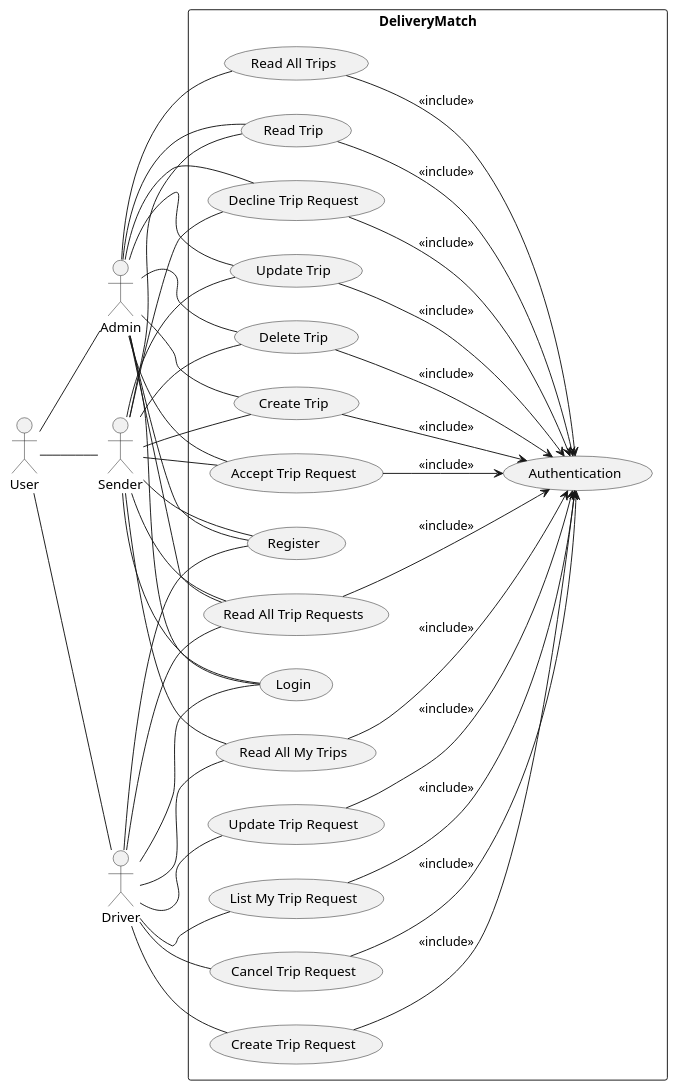
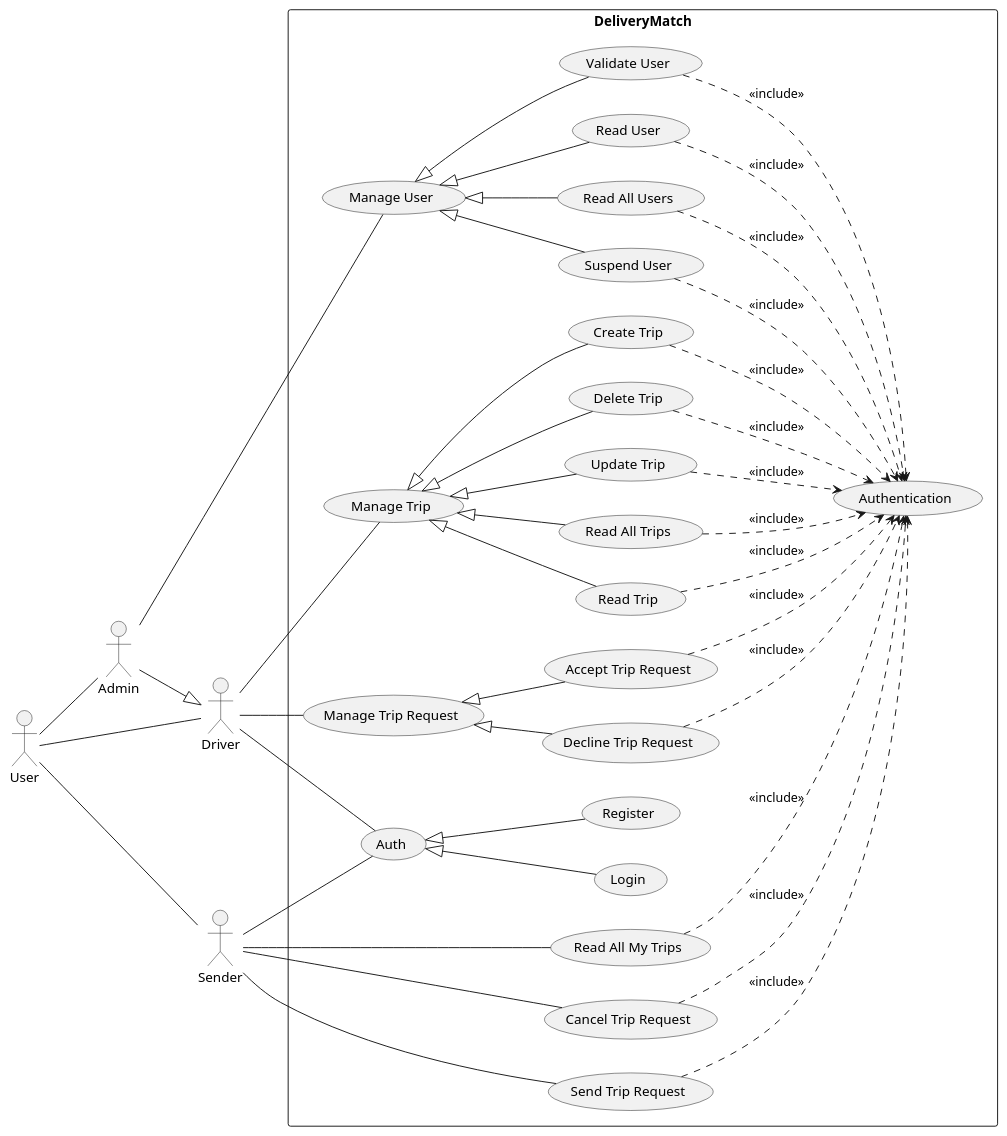
One commit to Th3You7/DeliveryMatch changed the diagram in conception/usecase_diagram/usecase_diagram.puml. Above: the diagram before and after it, drawn with PlantUML. The commit also changed 8 other files, not shown here.

Commit message:
diagrams imgs

```diff
--- a/conception/usecase_diagram/usecase_diagram.puml
+++ b/conception/usecase_diagram/usecase_diagram.puml
@@ -1,92 +1,100 @@
 @startuml DeliveryMatch_usecase_diagram
 left to right direction
 
 actor :User: as A1
 actor :Admin: as A2
-actor :Sender: as A3
-actor :Driver: as A4
+actor :Driver: as A3
+actor :Sender: as A4
 
 rectangle DeliveryMatch {
 
     usecase (Register) as U1
     usecase (Login) as U2
 
     usecase (Create Trip) as U3
     usecase (Read Trip) as U4
     usecase (Read All Trips) as U5
     usecase (Read All My Trips) as U16
     usecase (Update Trip) as U6
     usecase (Delete Trip) as U7
     
-    usecase (Create Trip Request) as U8
-    usecase (Read All Trip Requests) as U9
-    usecase (Update Trip Request) as U10
-    usecase (List My Trip Request) as U15
+   
+    usecase (Read All Users) as U22
+    usecase (Read User) as U23
+    usecase (Validate User) as U24
+    usecase (Suspend User) as U25
     
     
     usecase (Accept Trip Request) as U11
     usecase (Decline Trip Request) as U12
     usecase (Cancel Trip Request) as U14
+    usecase (Send Trip Request) as U27
 
     usecase (Authentication) as U13
 
+    usecase (Manage Trip) as U17
+    usecase (Manage Trip Request) as U18
+    usecase (Auth) as U21
+    usecase (Manage User) as U26
 }
 
 A1 -- A2
 A1 -- A3
 A1 -- A4
  
-A2 -- U1
-A2 -- U2
+A2 --|> A3
 
-A3 -- U1
-A3 -- U2
 
-A4 -- U1
-A4 -- U2
+U17 <|-- U3
+U17 <|-- U4
+U17 <|-- U5
+U17 <|-- U6
+U17 <|-- U7
+
+U18 <|-- U11
+U18 <|-- U12
 
 
 
-A3 -- U3
-A3 -- U4
-A3 -- U16
-A3 -- U6
-A3 -- U7
-A3 -- U9
-A3 -- U11
-A3 -- U12
+U21 <|-- U1
+U21 <|-- U2
 
-A2 -- U3
-A2 -- U4
-A2 -- U5
-A2 -- U6
-A2 -- U7
-A2 -- U9
-A2 -- U11
-A2 -- U12
+U26 <|-- U22
+U26 <|-- U23
+U26 <|-- U24
+U26 <|-- U25
 
-A4 -- U8
-A4 -- U9
-A4 -- U10
+A2 -- U26
+
+
+A3 -- U21
+A3 -- U17
+A3 -- U18
+
+A4 -- U21
+A4 -- U16
 A4 -- U14
-A4 -- U15
-A4 -- U16
+A4 -- U27
 
-U3 --> U13 : <<include>>
-U4 --> U13 : <<include>>
-U5 --> U13 : <<include>>
-U6 --> U13 : <<include>> 
-U7 --> U13 : <<include>>
 
-U8 --> U13 : <<include>>
-U9 --> U13 : <<include>>
-U10 --> U13 : <<include>>
+U3 ..> U13 : <<include>>
+U4 ..> U13 : <<include>>
+U5 ..> U13 : <<include>>
+U6 ..> U13 : <<include>> 
+U7 ..> U13 : <<include>>
 
-U11 --> U13 : <<include>>
-U12 --> U13 : <<include>>
-U14 --> U13 : <<include>>
-U15 --> U13 : <<include>>
-U16 --> U13 : <<include>>
+
+U11 ..> U13 : <<include>>
+U12 ..> U13 : <<include>>
+U14 ..> U13 : <<include>>
+U16 ..> U13 : <<include>>
+
+U22 ..> U13 : <<include>>
+U23 ..> U13 : <<include>>
+U24 ..> U13 : <<include>>
+U25 ..> U13 : <<include>>
+U27 ..> U13 : <<include>>
+
 
 
 @enduml
```
